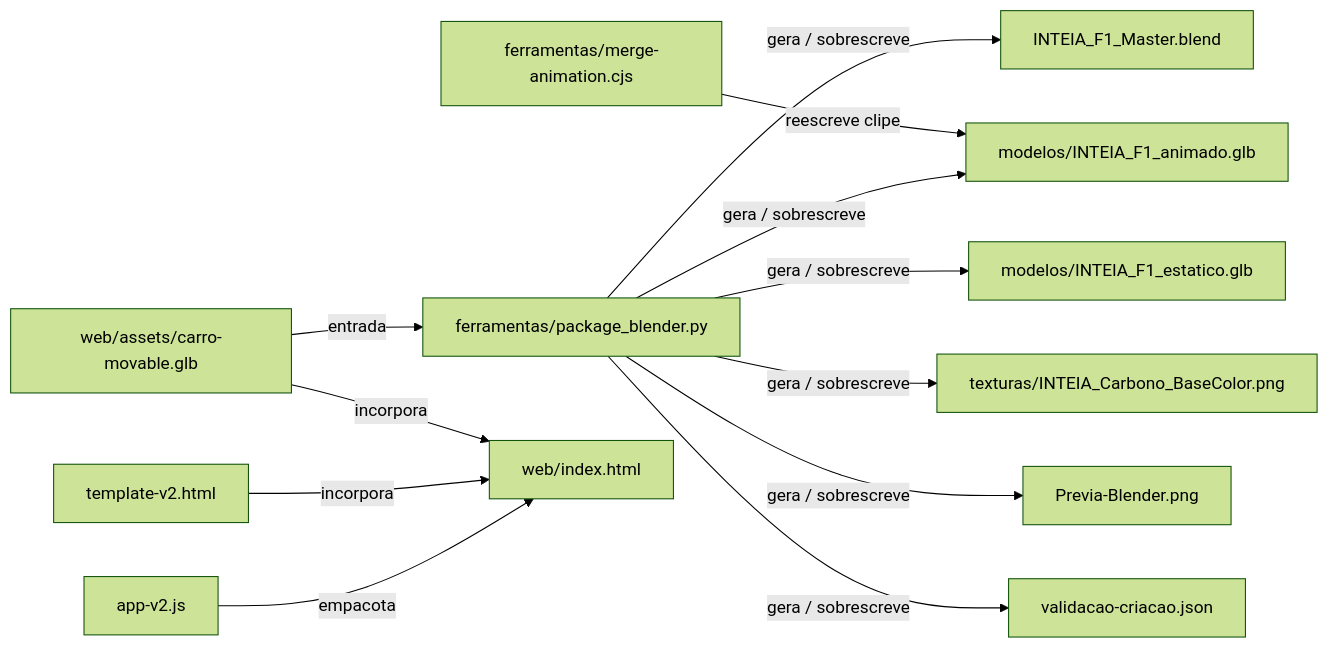
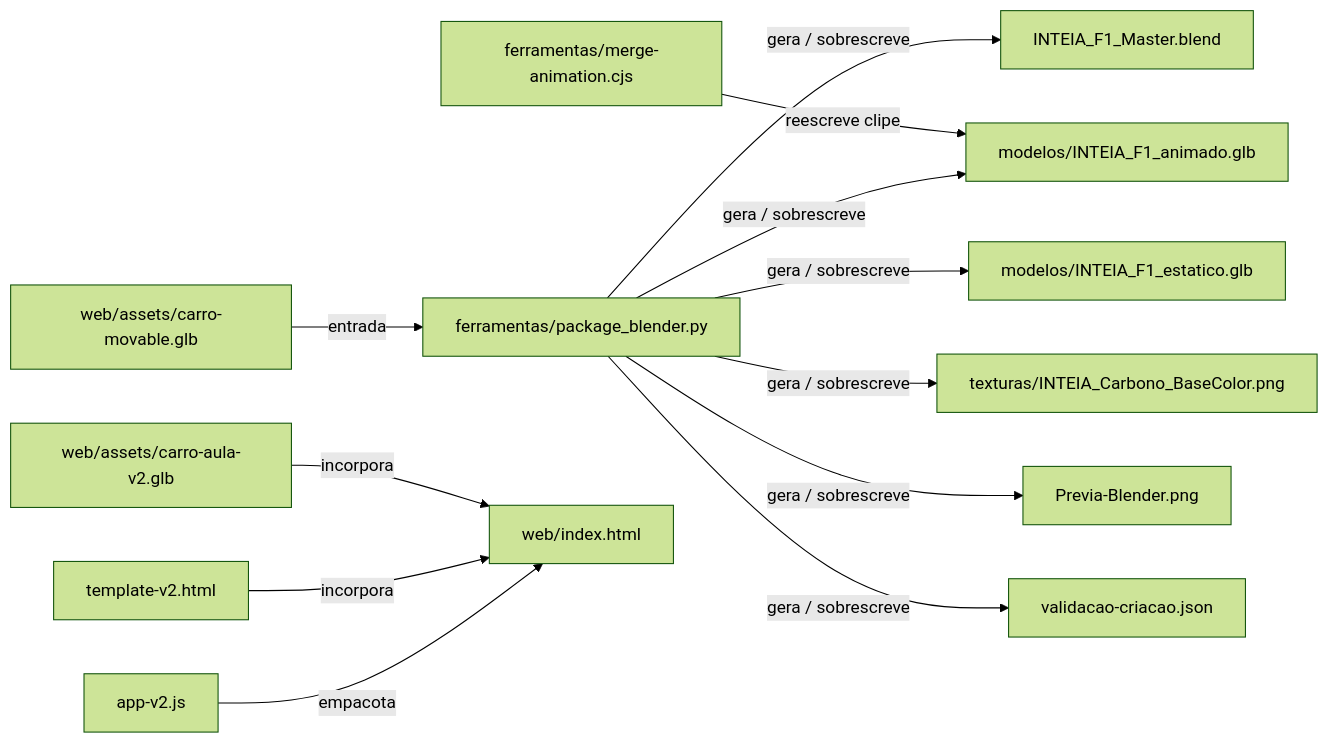
Before and after one commit to igormorais123/INTEIA-laboratorio-3d: the second of 3 diagrams in docs/mapas/GRAFOS.md, drawn with Mermaid (forest theme). The commit also changed other lines of this file and 61 other files, not shown here.

````diff
--- a/docs/mapas/GRAFOS.md
+++ b/docs/mapas/GRAFOS.md
@@ -40,26 +49,27 @@
 ```mermaid
 flowchart LR
   n0["INTEIA_F1_Master.blend"]
   n1["Previa-Blender.png"]
   n2["ferramentas/merge-animation.cjs"]
   n3["ferramentas/package_blender.py"]
   n4["modelos/INTEIA_F1_animado.glb"]
   n5["modelos/INTEIA_F1_estatico.glb"]
   n6["texturas/INTEIA_Carbono_BaseColor.png"]
   n7["validacao-criacao.json"]
-  n8["web/assets/carro-movable.glb"]
-  n9["web/index.html"]
-  n10["app-v2.js"]
-  n11["template-v2.html"]
-  n10 -->|"empacota"| n9
-  n11 -->|"incorpora"| n9
-  n8 -->|"incorpora"| n9
-  n8 -->|"entrada"| n3
+  n8["web/assets/carro-aula-v2.glb"]
+  n9["web/assets/carro-movable.glb"]
+  n10["web/index.html"]
+  n11["app-v2.js"]
+  n12["template-v2.html"]
+  n11 -->|"empacota"| n10
+  n12 -->|"incorpora"| n10
+  n8 -->|"incorpora"| n10
+  n9 -->|"entrada"| n3
   n3 -->|"gera / sobrescreve"| n0
   n3 -->|"gera / sobrescreve"| n5
   n3 -->|"gera / sobrescreve"| n4
   n3 -->|"gera / sobrescreve"| n6
   n3 -->|"gera / sobrescreve"| n1
   n3 -->|"gera / sobrescreve"| n7
   n2 -->|"reescreve clipe"| n4
 ```
````
